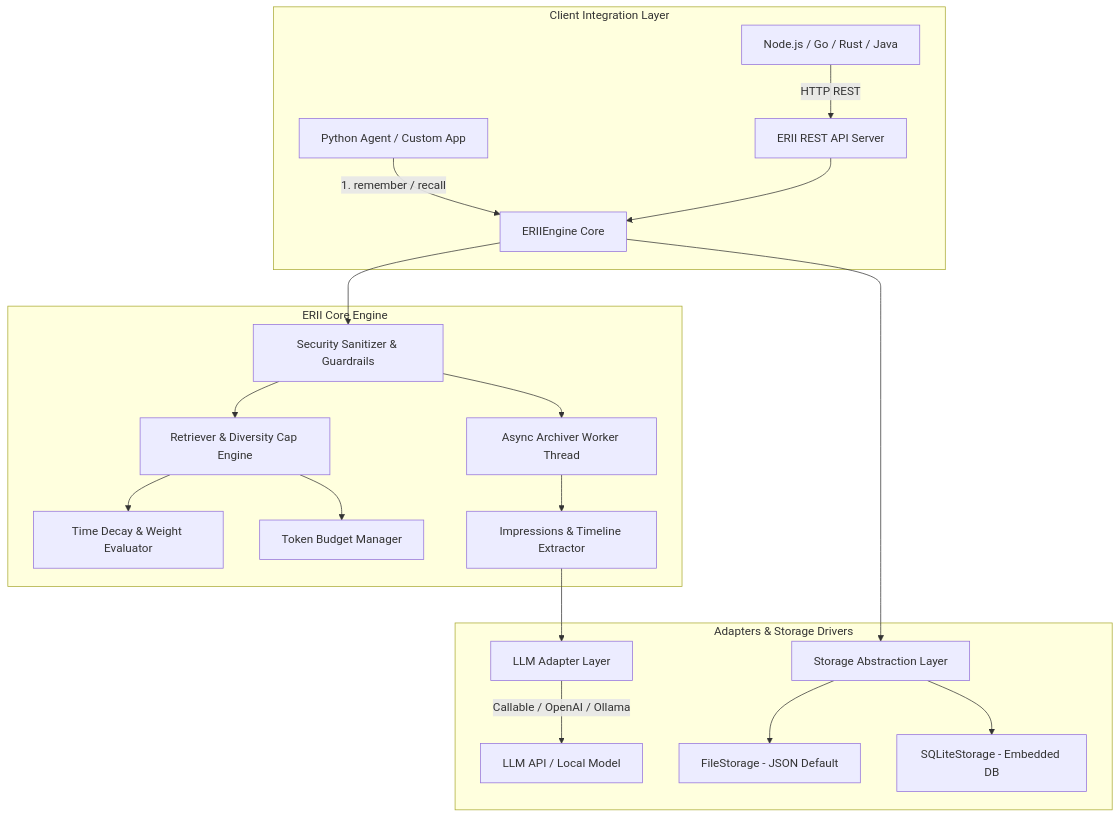
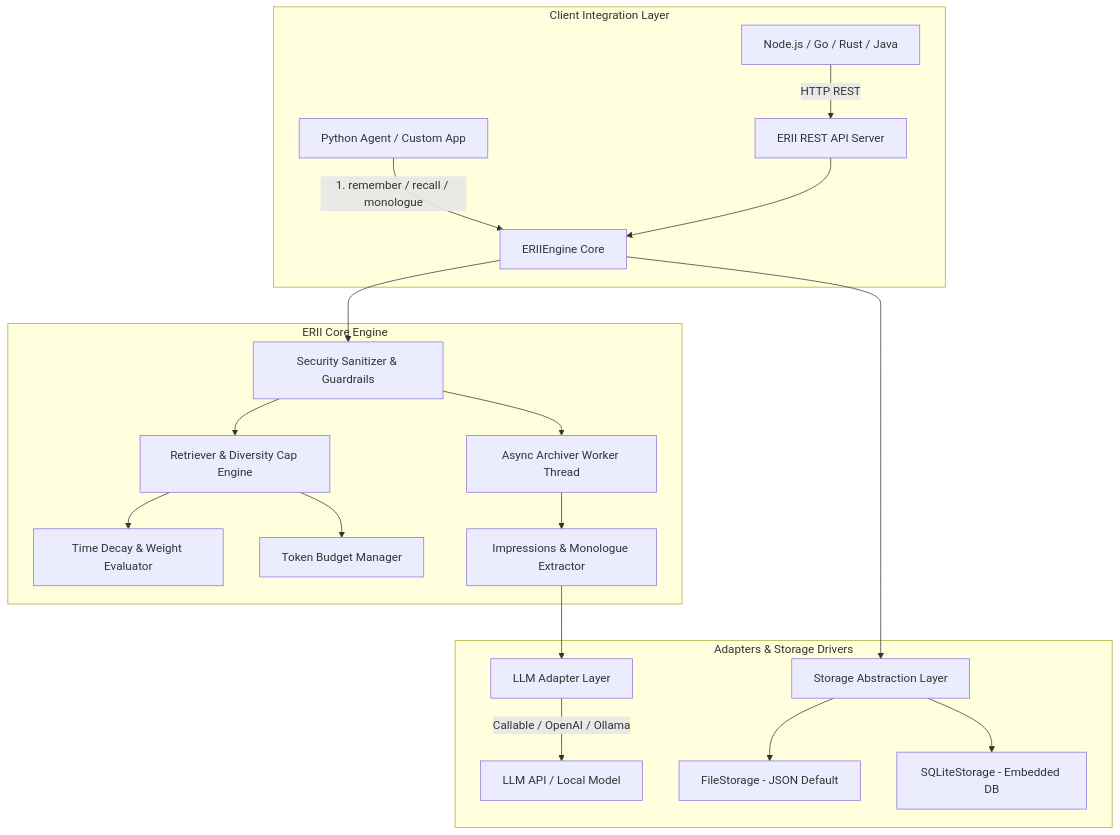
The diagram in README.md (bailong-Hakuryu/E.R.I.I), drawn with Mermaid before and after one commit. The commit also changed other lines of this file and 7 other files, not shown here.

Commit message:
feat: add inner monologue, diary timeline & narrative suspense engine

````diff
--- a/README.md
+++ b/README.md
@@ -46,27 +52,27 @@
 ```mermaid
 graph TD
     subgraph Client Integration Layer
-        App[Python Agent / Custom App] -->|1. remember / recall| Engine[ERIIEngine Core]
+        App[Python Agent / Custom App] -->|1. remember / recall / monologue| Engine[ERIIEngine Core]
         REST[Node.js / Go / Rust / Java] -->|HTTP REST| Server[ERII REST API Server]
         Server --> Engine
     end
 
     subgraph ERII Core Engine
         Engine --> Guard[Security Sanitizer & Guardrails]
         Guard --> Retriever[Retriever & Diversity Cap Engine]
         Guard --> Archiver[Async Archiver Worker Thread]
         
         Retriever --> Decay[Time Decay & Weight Evaluator]
         Retriever --> Budget[Token Budget Manager]
-        Archiver --> Extractor[Impressions & Timeline Extractor]
+        Archiver --> Extractor[Impressions & Monologue Extractor]
     end
 
     subgraph Adapters & Storage Drivers
         Extractor --> LLMAdapter[LLM Adapter Layer]
         LLMAdapter -->|Callable / OpenAI / Ollama| ExternalLLM[LLM API / Local Model]
 
         Engine --> Storage[Storage Abstraction Layer]
         Storage --> FileDriver[FileStorage - JSON Default]
         Storage --> SQLiteDriver[SQLiteStorage - Embedded DB]
     end
 ```
````
